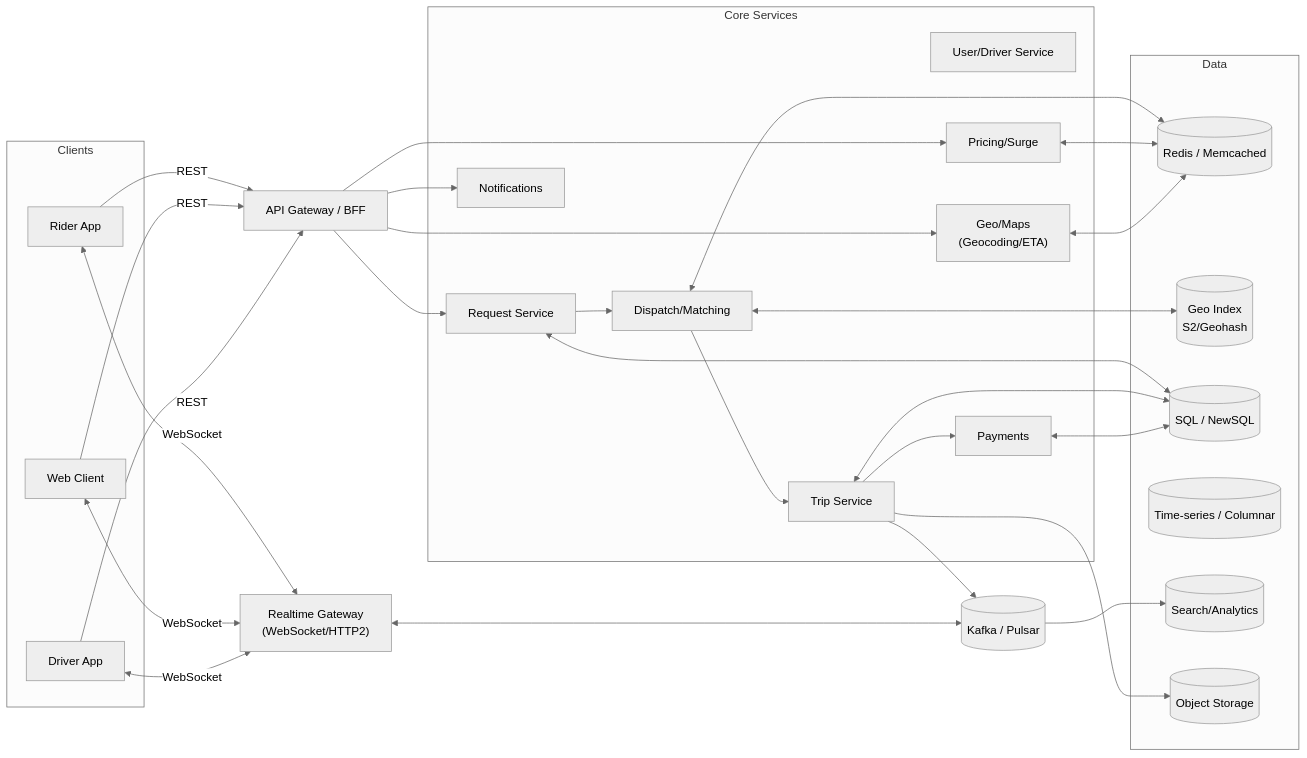
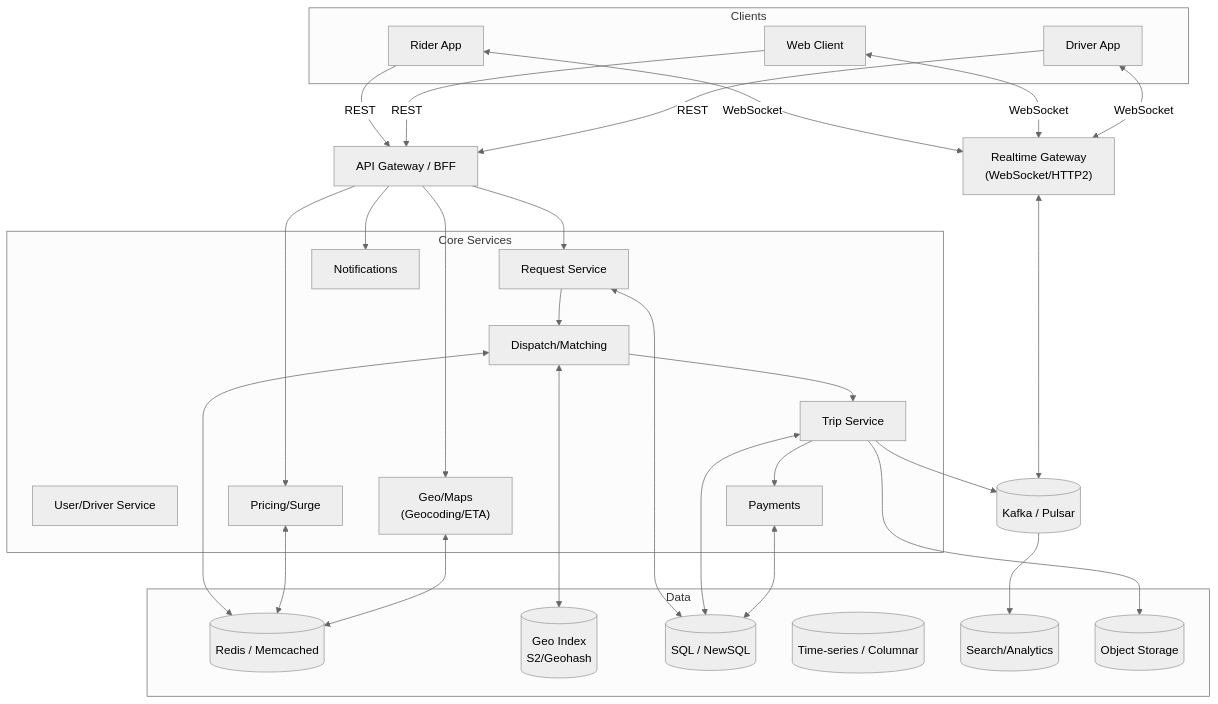
Before and after one commit to SiddharthLucky-Homelab/Interview-Prep: the first of 5 diagrams in BACKEND/JAVA/DESIGN PATTERNS/SYSTEM-DESIGN/UBER-SYSTEM-DESIGN.md, drawn with Mermaid (neutral theme). The commit also changed other lines of this file, not shown here.

First line of the commit message:
docs: improve Uber System Design diagrams

````diff
--- a/BACKEND/JAVA/DESIGN PATTERNS/SYSTEM-DESIGN/UBER-SYSTEM-DESIGN.md
+++ b/BACKEND/JAVA/DESIGN PATTERNS/SYSTEM-DESIGN/UBER-SYSTEM-DESIGN.md
@@ -67,56 +67,58 @@
 ```mermaid
-flowchart LR
+flowchart TB
   subgraph Clients
     R["Rider App"]
     W["Web Client"]
     D["Driver App"]
   end
 
   GW["API Gateway / BFF"]
   WS["Realtime Gateway<br/>(WebSocket/HTTP2)"]
   MQ[("Kafka / Pulsar")]
 
   subgraph "Core Services"
     UM["User/Driver Service"]
     REQ["Request Service"]
     MATCH["Dispatch/Matching"]
     TRIP["Trip Service"]
     PRICE["Pricing/Surge"]
     GEO["Geo/Maps<br/>(Geocoding/ETA)"]
     PAY["Payments"]
     NOTIF["Notifications"]
   end
 
   subgraph Data
     C[("Redis / Memcached")]
     GIDX[("Geo Index<br/>S2/Geohash")]
     OLTP[("SQL / NewSQL")]
     TS[("Time-series / Columnar")]
     ES[("Search/Analytics")]
     OBJ[("Object Storage")]
   end
 
   R -->|REST| GW
   W -->|REST| GW
   D -->|REST| GW
   R <-->|WebSocket| WS
   W <-->|WebSocket| WS
   D <-->|WebSocket| WS
 
-  GW --> REQ --> MATCH --> TRIP
+  GW --> REQ
+  REQ --> MATCH
+  MATCH --> TRIP
   GW --> PRICE
   GW --> GEO
   TRIP --> PAY
   GW --> NOTIF
 
   MATCH <--> C
   MATCH <--> GIDX
   PRICE <--> C
   GEO <--> C
   REQ <--> OLTP
   TRIP <--> OLTP
   PAY <--> OLTP
   TRIP --> MQ --> ES
   TRIP --> OBJ
   WS <--> MQ
 ```
````
